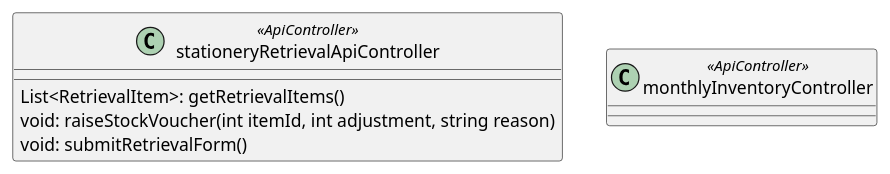
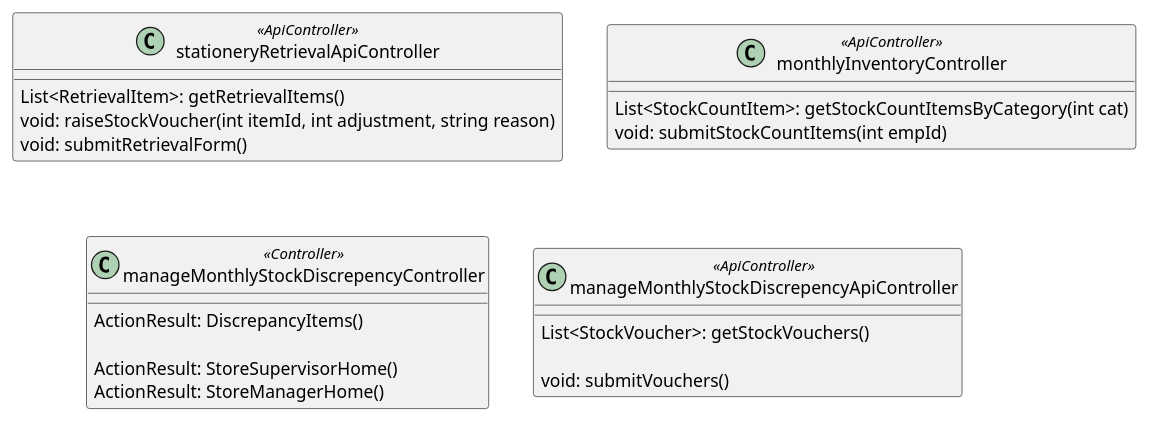
Before and after one commit to SA46Team5a/AD---ClassAndSequenceDiagram: the diagram in StockAdjustmentController.wsd, drawn with PlantUML.

Commit message:
added controllers for StockAdjustmentController

```diff
--- a/StockAdjustmentController.wsd
+++ b/StockAdjustmentController.wsd
@@ -1,18 +1,51 @@
 @startuml
 
 '' Requisition
 ' Store Clerk and Store Supervisor
 class stationeryRetrievalApiController <<ApiController>> {
     ' GET /api/retrievalItems
     List<RetrievalItem>: getRetrievalItems()
     ' POST /api/raiseStockVoucher
     void: raiseStockVoucher(int itemId, int adjustment, string reason)
     ' POST /api/submitRetrievalForm/{storeClerkId}
     void: submitRetrievalForm()
 }
 
-''Store clerk and store supervisor
+'Store clerk and store supervisor
 class monthlyInventoryController<<ApiController>>{
-    ' GET /api/
+    ' GET /api/monthlyInv/{category}
+    List<StockCountItem>: getStockCountItemsByCategory(int cat)
+    ' POST /api/monthlyInv/{empId}
+    ' TODO: discuss on data to pass over
+    ' for each item where actual stock != balance, create a new stock voucher with reason
+    void: submitStockCountItems(int empId)
+}
+
+' Store Supervisor and Store Manager
+class manageMonthlyStockDiscrepencyController <<Controller>> {
+    ' Display all unsubmitted stock vouchers. Note that stock vouchers are displayed 
+    ' based on the user's role
+    ' If user.role = "Store Supervisor", show vouchers where total value < $250
+    ' Else If user.role = "Store Manager", show vouchers where total value >= $250
+    ' When returning view, dyanamically set where the destination after submit is 
+    ' given the role
+    ActionResult: DiscrepancyItems()
+
+    ' Process for stock voucher submission before proceeding to Home Screen
+    ActionResult: StoreSupervisorHome()
+    ActionResult: StoreManagerHome()
+}
+
+class manageMonthlyStockDiscrepencyApiController <<ApiController>> {
+    ' Display all unsubmitted stock vouchers. Note that stock vouchers are displayed 
+    ' based on the user's role
+    ' If user.role = "Store Supervisor", show vouchers where total value < $250
+    ' Else If user.role = "Store Manager", show vouchers where total value >= $250
+    ' When returning view, dyanamically set where the destination after submit is 
+    ' given the role
+    List<StockVoucher>: getStockVouchers()
+
+    ' Process stock voucher submission 
+    void: submitVouchers()
 }
 @enduml
```
